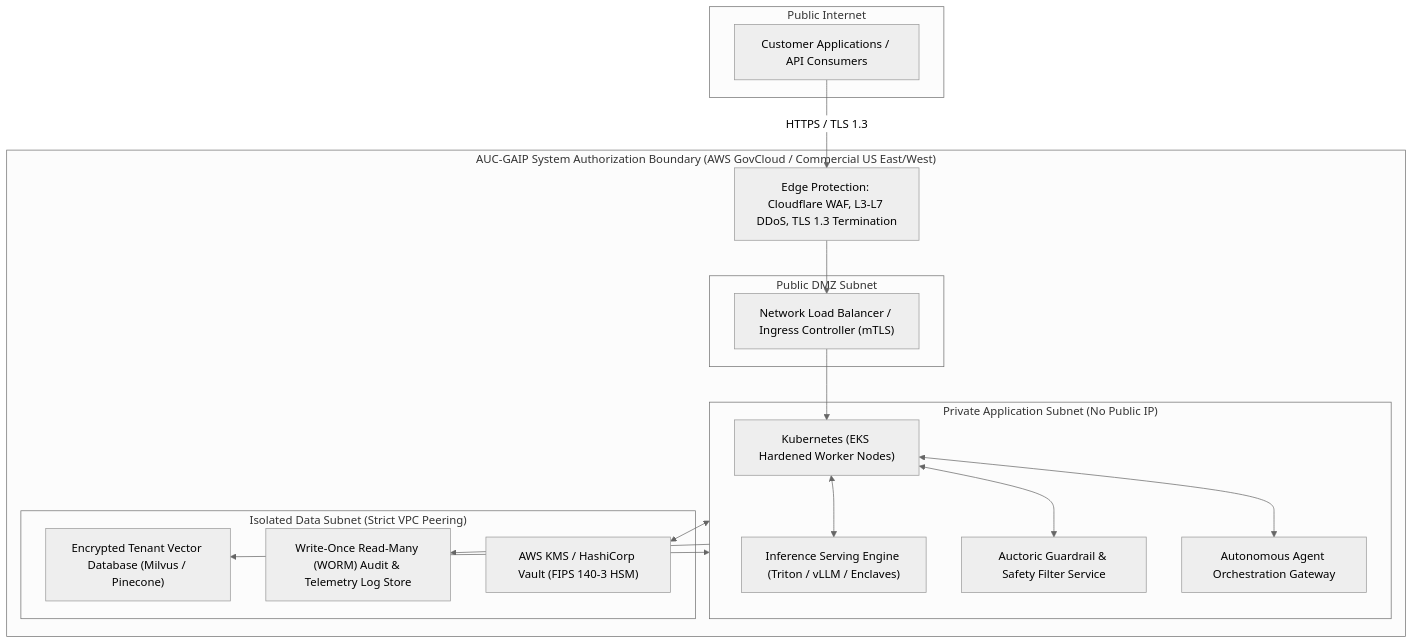
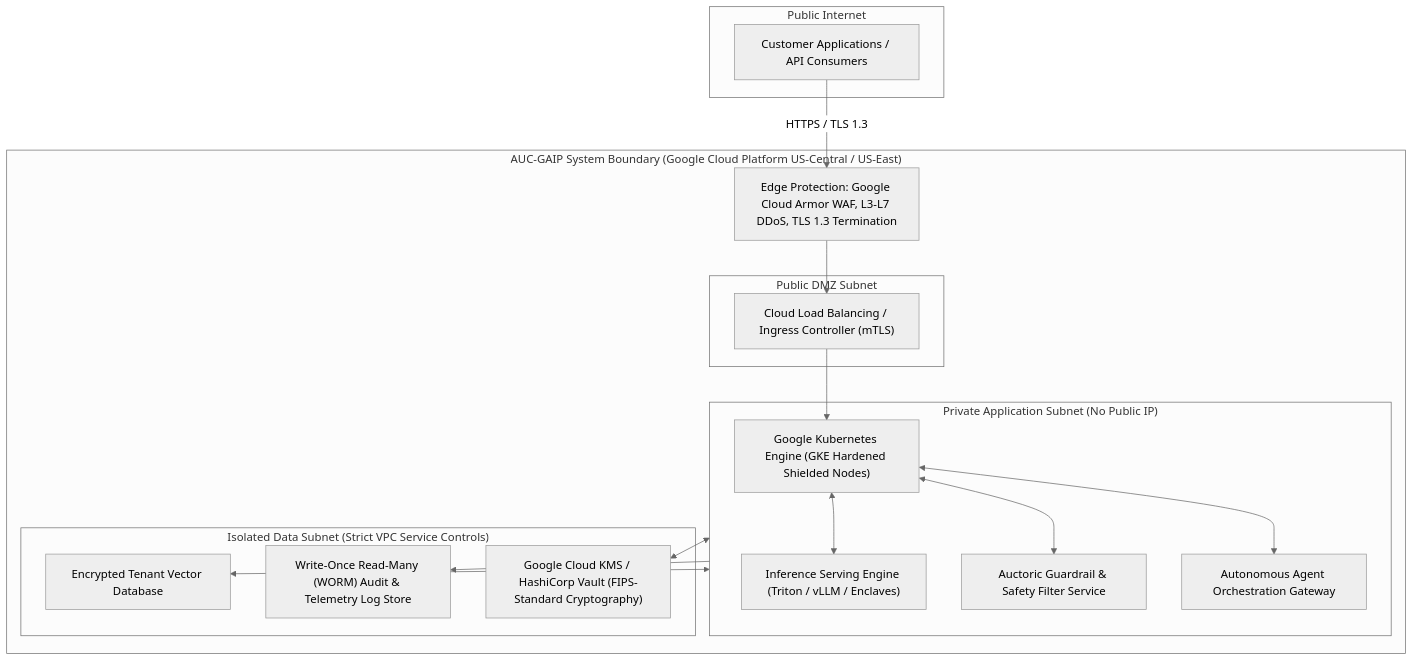
One commit to Auctoric/auctoric-compliance-framework changed the diagram in docs/security-trust/system-security-plan-summary.md. Above: the diagram before and after it, drawn with Mermaid (neutral theme). The commit also changed other lines of this file and 20 other files, not shown here.

````diff
--- a/docs/security-trust/system-security-plan-summary.md
+++ b/docs/security-trust/system-security-plan-summary.md
@@ -42,37 +44,37 @@
 ```mermaid
 flowchart TD
     subgraph Internet["Public Internet"]
         Client["Customer Applications / API Consumers"]
     end
 
-    subgraph FedRAMP_Boundary["AUC-GAIP System Authorization Boundary (AWS GovCloud / Commercial US East/West)"]
-        Edge["Edge Protection: Cloudflare WAF, L3-L7 DDoS, TLS 1.3 Termination"]
+    subgraph GCP_Boundary["AUC-GAIP System Boundary (Google Cloud Platform US-Central / US-East)"]
+        Edge["Edge Protection: Google Cloud Armor WAF, L3-L7 DDoS, TLS 1.3 Termination"]
         
         subgraph IngressSubnet["Public DMZ Subnet"]
-            ALB["Network Load Balancer / Ingress Controller (mTLS)"]
+            ALB["Cloud Load Balancing / Ingress Controller (mTLS)"]
         end
 
         subgraph AppSubnet["Private Application Subnet (No Public IP)"]
-            K8s["Kubernetes (EKS Hardened Worker Nodes)"]
+            K8s["Google Kubernetes Engine (GKE Hardened Shielded Nodes)"]
             Inference["Inference Serving Engine (Triton / vLLM / Enclaves)"]
             Guardrail["Auctoric Guardrail & Safety Filter Service"]
             AgentHub["Autonomous Agent Orchestration Gateway"]
         end
 
-        subgraph DataSubnet["Isolated Data Subnet (Strict VPC Peering)"]
-            VectorStore["Encrypted Tenant Vector Database (Milvus / Pinecone)"]
+        subgraph DataSubnet["Isolated Data Subnet (Strict VPC Service Controls)"]
+            VectorStore["Encrypted Tenant Vector Database"]
             AuditDB["Write-Once Read-Many (WORM) Audit & Telemetry Log Store"]
-            Secrets["AWS KMS / HashiCorp Vault (FIPS 140-3 HSM)"]
+            Secrets["Google Cloud KMS / HashiCorp Vault (FIPS-Standard Cryptography)"]
         end
     end
 
     Client -->|HTTPS / TLS 1.3| Edge
     Edge --> ALB
     ALB --> K8s
     K8s <--> Inference
     K8s <--> Guardrail
     K8s <--> AgentHub
     AppSubnet <--> VectorStore
     AppSubnet --> AuditDB
     AppSubnet <--> Secrets
 ```
````
